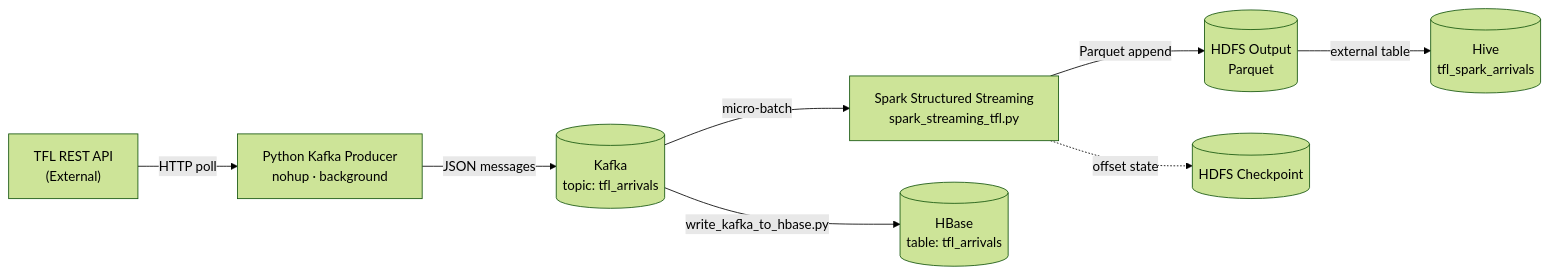
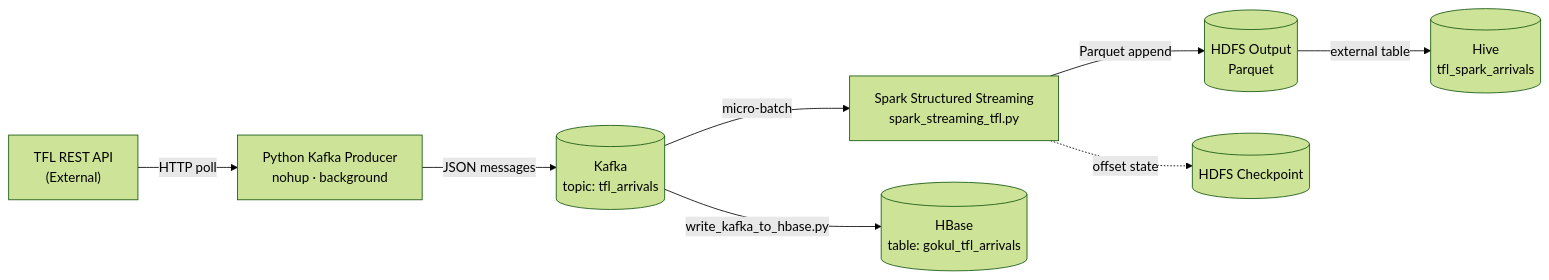
The first of 3 diagrams in README.md (Gokul-gok/TFL_project_streaming), drawn with Mermaid (forest theme) before and after one commit. The commit also changed other lines of this file and 2 other files, not shown here.

Commit message:
Rename HBase table from tfl_arrivals to gokul_tfl_arrivals

````diff
--- a/README.md
+++ b/README.md
@@ -11,19 +11,19 @@
 ```mermaid
 flowchart LR
     API["TFL REST API\n(External)"]
     PROD["Python Kafka Producer\nnohup · background"]
     KAFKA[("Kafka\ntopic: tfl_arrivals")]
     SPARK["Spark Structured Streaming\nspark_streaming_tfl.py"]
-    HBASE[("HBase\ntable: tfl_arrivals")]
+    HBASE[("HBase\ntable: gokul_tfl_arrivals")]
     OUT[("HDFS Output\nParquet")]
     CHKPT[("HDFS Checkpoint")]
     HIVE_S[("Hive\ntfl_spark_arrivals")]
 
     API -->|"HTTP poll"| PROD
     PROD -->|"JSON messages"| KAFKA
     KAFKA -->|"write_kafka_to_hbase.py"| HBASE
     KAFKA -->|"micro-batch"| SPARK
     SPARK -->|"Parquet append"| OUT
     SPARK -.->|"offset state"| CHKPT
     OUT -->|"external table"| HIVE_S
 ```
````
